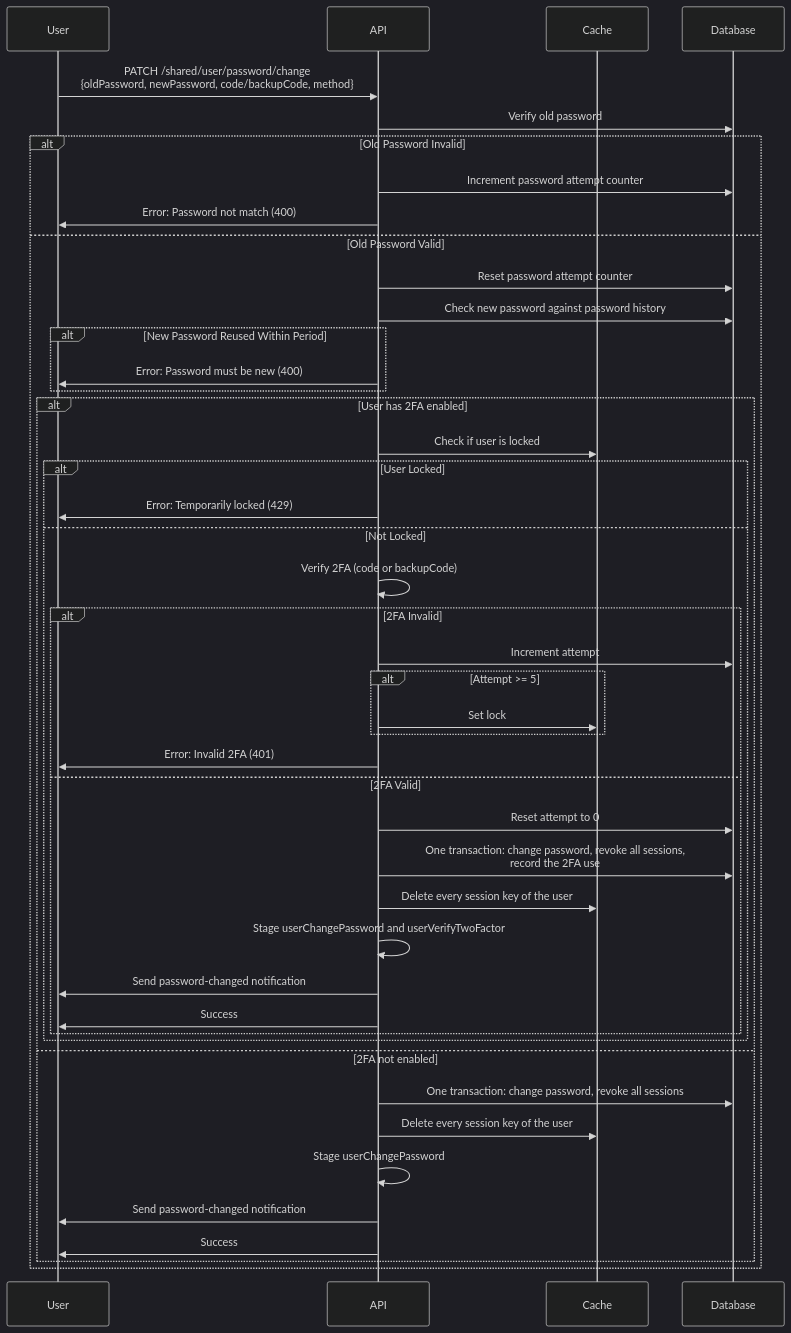
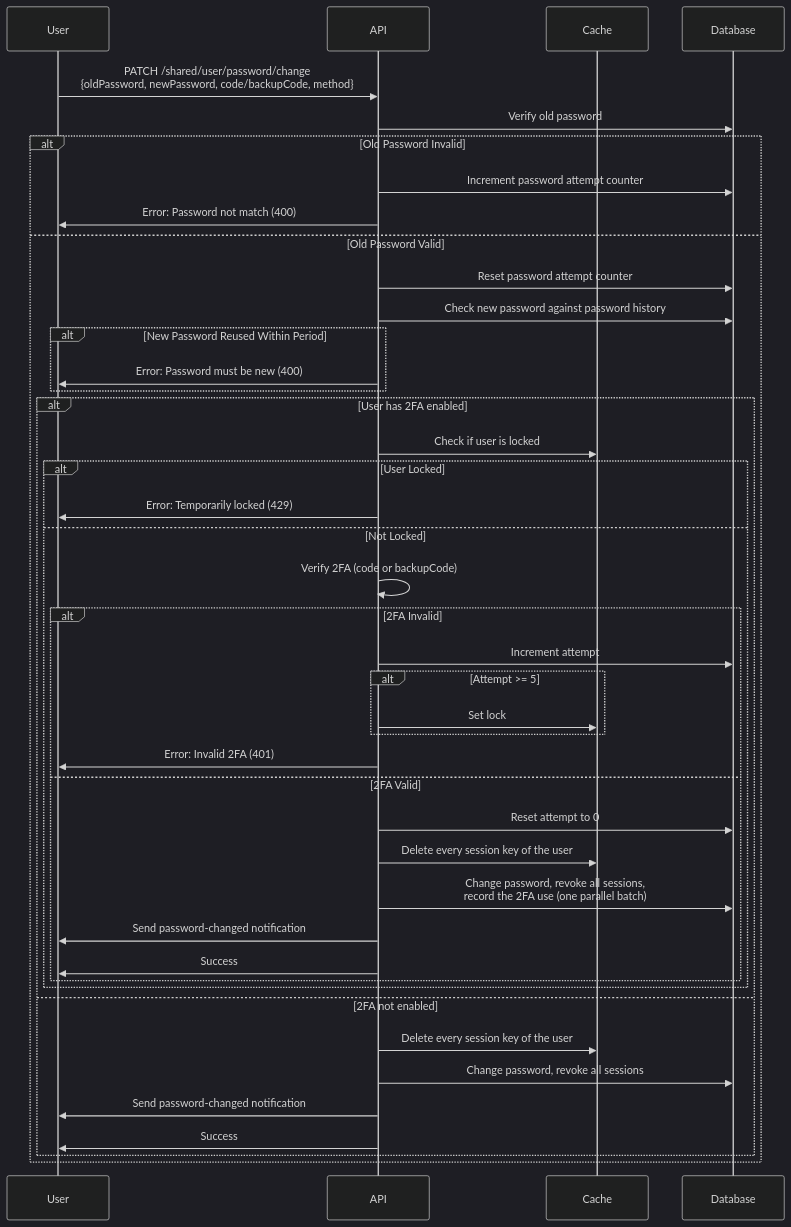
One commit to andrechristikan/ack-nestjs-boilerplate changed the seventh of 9 diagrams in docs/two-factor.md. Above: the diagram before and after it, drawn with Mermaid (dark theme). The commit also changed other lines of this file and 1480 other files, not shown here.

````diff
--- a/docs/two-factor.md
+++ b/docs/two-factor.md
@@ -436,48 +395,46 @@
 ```mermaid
 sequenceDiagram
     participant User
     participant API
     participant Cache
     participant Database
 
     User->>API: PATCH /shared/user/password/change<br/>{oldPassword, newPassword, code/backupCode, method}
     API->>Database: Verify old password
     alt Old Password Invalid
         API->>Database: Increment password attempt counter
         API->>User: Error: Password not match (400)
     else Old Password Valid
         API->>Database: Reset password attempt counter
         API->>Database: Check new password against password history
         alt New Password Reused Within Period
             API->>User: Error: Password must be new (400)
         end
         alt User has 2FA enabled
             API->>Cache: Check if user is locked
             alt User Locked
                 API->>User: Error: Temporarily locked (429)
             else Not Locked
                 API->>API: Verify 2FA (code or backupCode)
                 alt 2FA Invalid
                     API->>Database: Increment attempt
                     alt Attempt >= 5
                         API->>Cache: Set lock
                     end
                     API->>User: Error: Invalid 2FA (401)
                 else 2FA Valid
                     API->>Database: Reset attempt to 0
-                    API->>Database: One transaction: change password, revoke all sessions,<br/>record the 2FA use
                     API->>Cache: Delete every session key of the user
-                    API->>API: Stage userChangePassword and userVerifyTwoFactor
+                    API->>Database: Change password, revoke all sessions,<br/>record the 2FA use (one parallel batch)
                     API->>User: Send password-changed notification
                     API->>User: Success
                 end
             end
         else 2FA not enabled
-            API->>Database: One transaction: change password, revoke all sessions
             API->>Cache: Delete every session key of the user
-            API->>API: Stage userChangePassword
+            API->>Database: Change password, revoke all sessions
             API->>User: Send password-changed notification
             API->>User: Success
         end
     end
 ```
````
